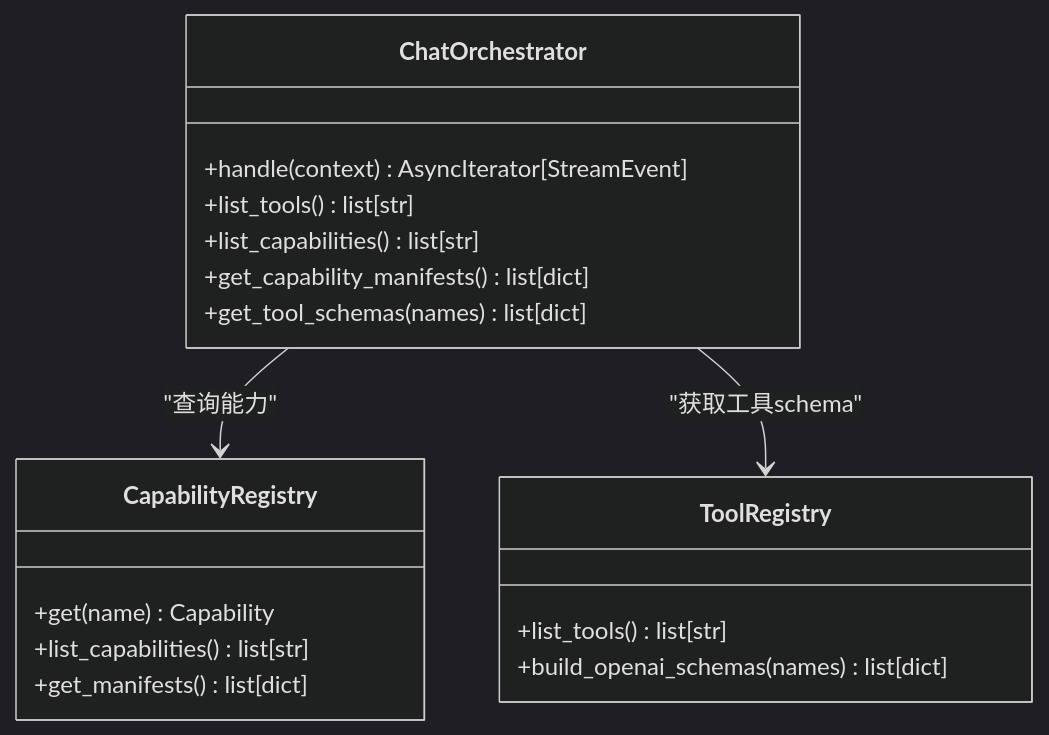
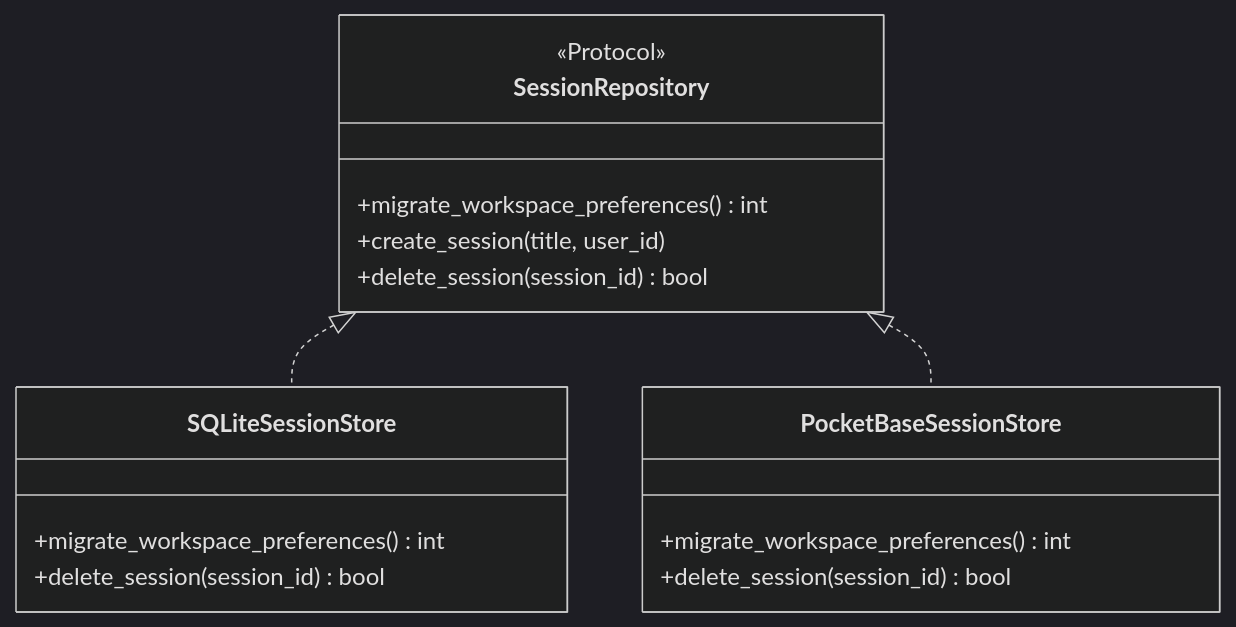
One commit to gongzili456/DeepTutor changed the fifth of 8 diagrams in .qoder/repowiki/zh/content/项目概述/项目概述.md. Above: the diagram before and after it, drawn with Mermaid (dark theme). The commit also changed other lines of this file and 1242 other files, not shown here.

````diff
--- a/.qoder/repowiki/zh/content/项目概述/项目概述.md
+++ b/.qoder/repowiki/zh/content/项目概述/项目概述.md
@@ -160,21 +207,19 @@
 ```mermaid
 classDiagram
-class ChatOrchestrator {
-+handle(context) AsyncIterator[StreamEvent]
-+list_tools() list[str]
-+list_capabilities() list[str]
-+get_capability_manifests() list[dict]
-+get_tool_schemas(names) list[dict]
+class SessionRepository {
+<<Protocol>>
++migrate_workspace_preferences() int
++create_session(title, user_id)
++delete_session(session_id) bool
 }
-class CapabilityRegistry {
-+get(name) Capability
-+list_capabilities() list[str]
-+get_manifests() list[dict]
+class SQLiteSessionStore {
++migrate_workspace_preferences() int
++delete_session(session_id) bool
 }
-class ToolRegistry {
-+list_tools() list[str]
-+build_openai_schemas(names) list[dict]
+class PocketBaseSessionStore {
++migrate_workspace_preferences() int
++delete_session(session_id) bool
 }
-ChatOrchestrator --> CapabilityRegistry : "查询能力"
-ChatOrchestrator --> ToolRegistry : "获取工具schema"
+SessionRepository <|.. SQLiteSessionStore
+SessionRepository <|.. PocketBaseSessionStore
 ```
````
